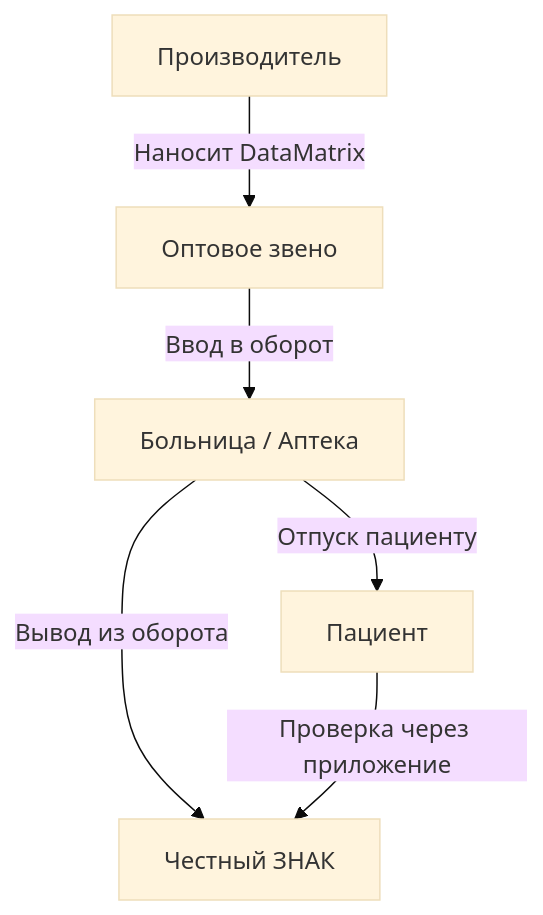
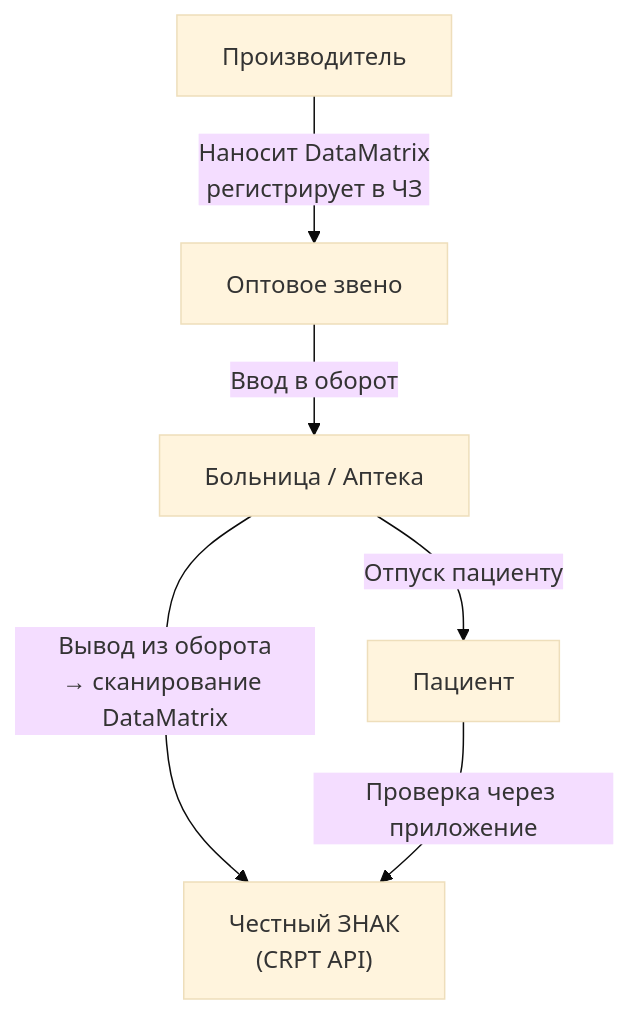
One commit to sergeyodnoval-bot/sysanalyst-kb.github.io changed the second of 2 diagrams in docs/specialization/medtech-pharma.md. Above: the diagram before and after it, drawn with Mermaid (base theme). The commit also changed other lines of this file and 13 other files, not shown here.

````diff
--- a/docs/specialization/medtech-pharma.md
+++ b/docs/specialization/medtech-pharma.md
@@ -37,8 +59,8 @@
 ```mermaid
 flowchart TD
-    MF["Производитель"] -->|"Наносит DataMatrix"| WH["Оптовое звено"]
+    MF["Производитель"] -->|"Наносит DataMatrix<br/>регистрирует в ЧЗ"| WH["Оптовое звено"]
     WH -->|"Ввод в оборот"| GH["Больница / Аптека"]
-    GH -->|"Вывод из оборота"| CZ["Честный ЗНАК"]
+    GH -->|"Вывод из оборота<br/>→ сканирование DataMatrix"| CZ["Честный ЗНАК<br/>(CRPT API)"]
     GH -->|"Отпуск пациенту"| PAT["Пациент"]
     PAT -->|"Проверка через приложение"| CZ
 ```
````
